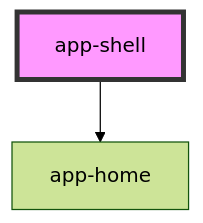
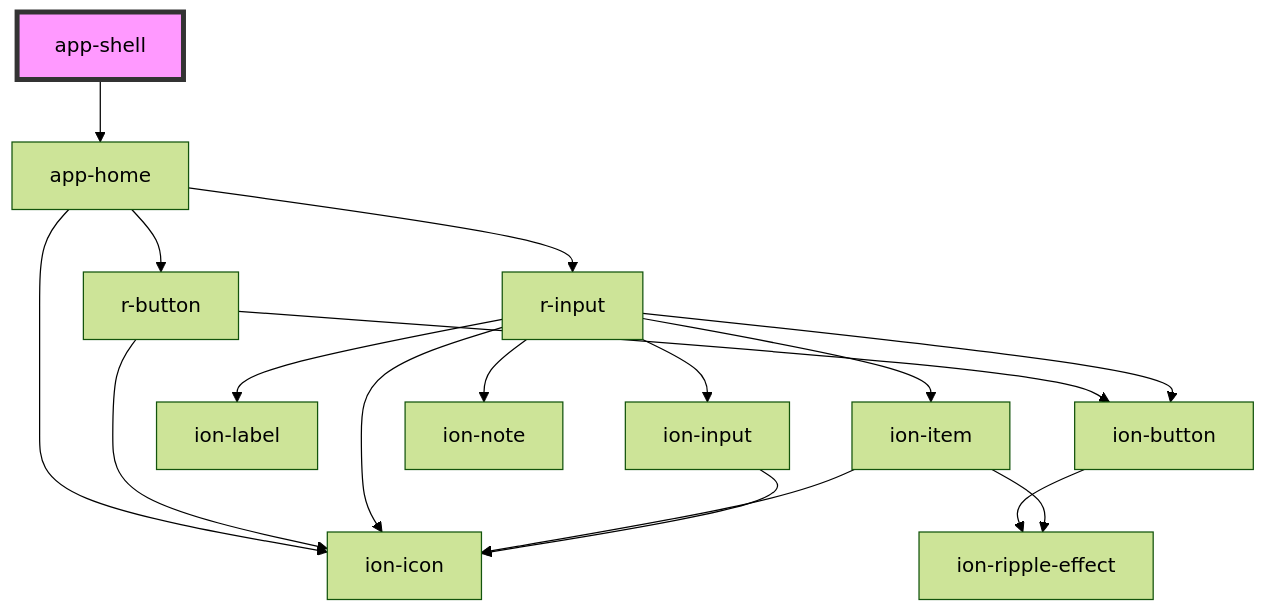
Before and after one commit to refactico/design-system: the diagram in src/components/app-shell/readme.md, drawn with Mermaid (forest theme). The commit also changed 9 other files, not shown here.

````diff
--- a/src/components/app-shell/readme.md
+++ b/src/components/app-shell/readme.md
@@ -15,5 +15,20 @@
 ```mermaid
 graph TD;
   app-shell --> app-home
+  app-home --> ion-icon
+  app-home --> r-button
+  app-home --> r-input
+  r-button --> ion-button
+  r-button --> ion-icon
+  ion-button --> ion-ripple-effect
+  r-input --> ion-item
+  r-input --> ion-label
+  r-input --> ion-input
+  r-input --> ion-button
+  r-input --> ion-icon
+  r-input --> ion-note
+  ion-item --> ion-icon
+  ion-item --> ion-ripple-effect
+  ion-input --> ion-icon
   style app-shell fill:#f9f,stroke:#333,stroke-width:4px
 ```
````
